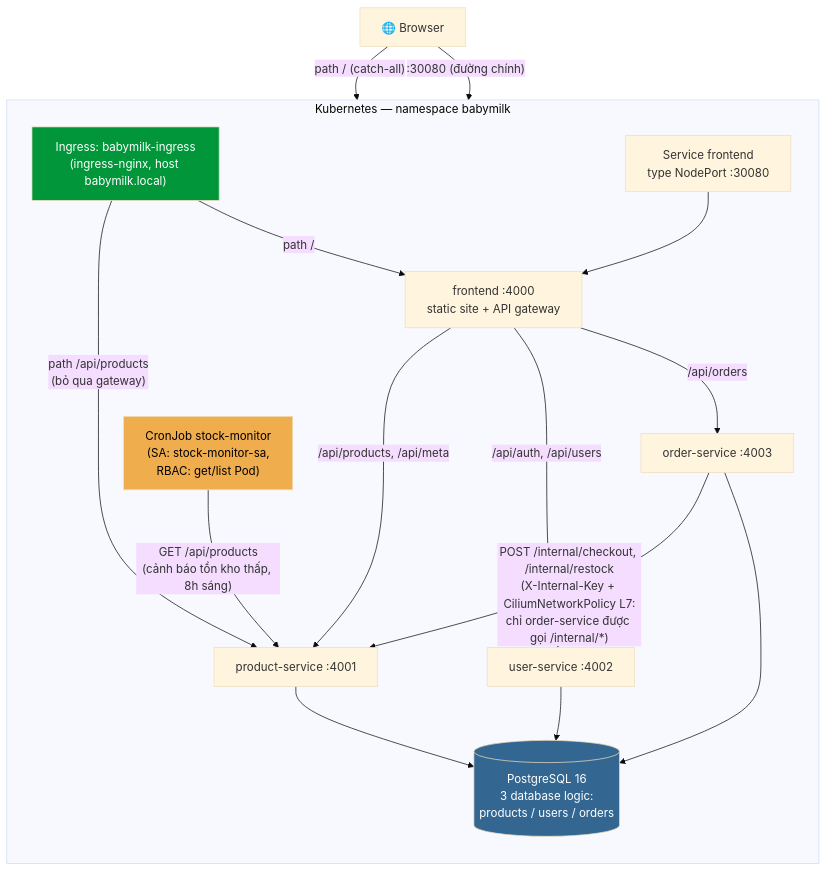
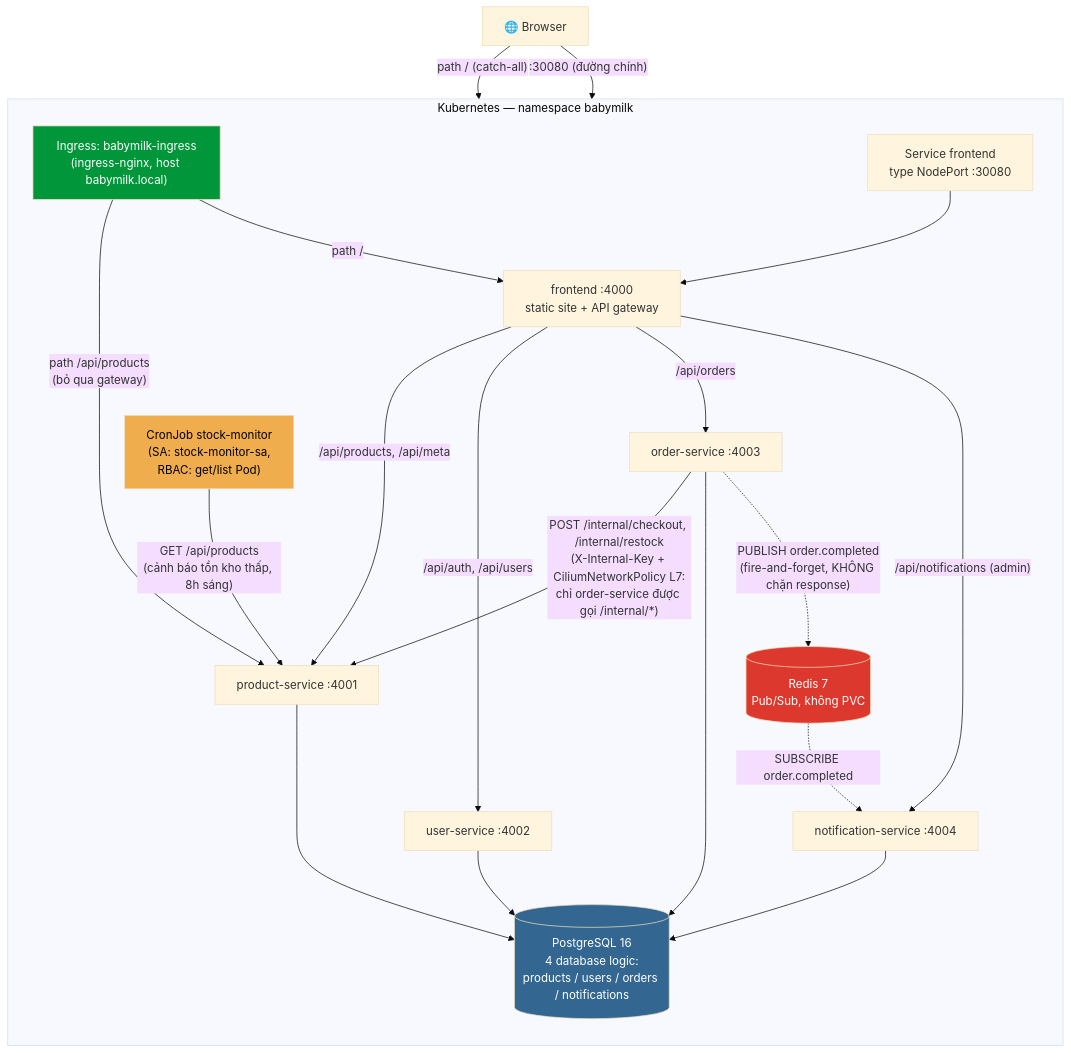
The first of 2 diagrams in docs/architecture.md (bachphan/CKAD_excersice1), drawn with Mermaid (base theme) before and after one commit. The commit also changed other lines of this file and 59 other files, not shown here.

````diff
--- a/docs/architecture.md
+++ b/docs/architecture.md
@@ -5,38 +5,46 @@
 ```mermaid
 flowchart TB
     Browser["🌐 Browser"]
 
     subgraph K8s["Kubernetes — namespace babymilk"]
         direction TB
         Ingress["Ingress: babymilk-ingress<br/>(ingress-nginx, host babymilk.local)"]
         NodePort["Service frontend<br/>type NodePort :30080"]
         FE["frontend :4000<br/>static site + API gateway"]
         PS["product-service :4001"]
         US["user-service :4002"]
         OS["order-service :4003"]
-        PG[("PostgreSQL 16<br/>3 database logic:<br/>products / users / orders")]
+        NS["notification-service :4004"]
+        PG[("PostgreSQL 16<br/>4 database logic:<br/>products / users / orders / notifications")]
+        RD[("Redis 7<br/>Pub/Sub, không PVC")]
         CJ["CronJob stock-monitor<br/>(SA: stock-monitor-sa,<br/>RBAC: get/list Pod)"]
     end
 
     Browser -->|"path / (catch-all)"| Ingress
     Browser -->|":30080 (đường chính)"| NodePort
     Ingress -->|"path /api/products<br/>(bỏ qua gateway)"| PS
     Ingress -->|"path /"| FE
     NodePort --> FE
 
     FE -->|"/api/products, /api/meta"| PS
     FE -->|"/api/auth, /api/users"| US
     FE -->|"/api/orders"| OS
+    FE -->|"/api/notifications (admin)"| NS
 
     OS -->|"POST /internal/checkout, /internal/restock<br/>(X-Internal-Key + CiliumNetworkPolicy L7:<br/>chỉ order-service được gọi /internal/*)"| PS
 
     PS --> PG
     US --> PG
     OS --> PG
+    NS --> PG
+
+    OS -.->|"PUBLISH order.completed<br/>(fire-and-forget, KHÔNG chặn response)"| RD
+    RD -.->|"SUBSCRIBE order.completed"| NS
 
     CJ -->|"GET /api/products<br/>(cảnh báo tồn kho thấp, 8h sáng)"| PS
 
     style PG fill:#336791,color:#fff
+    style RD fill:#dc382d,color:#fff
     style Ingress fill:#009639,color:#fff
     style CJ fill:#f0ad4e,color:#000
 ```
````
